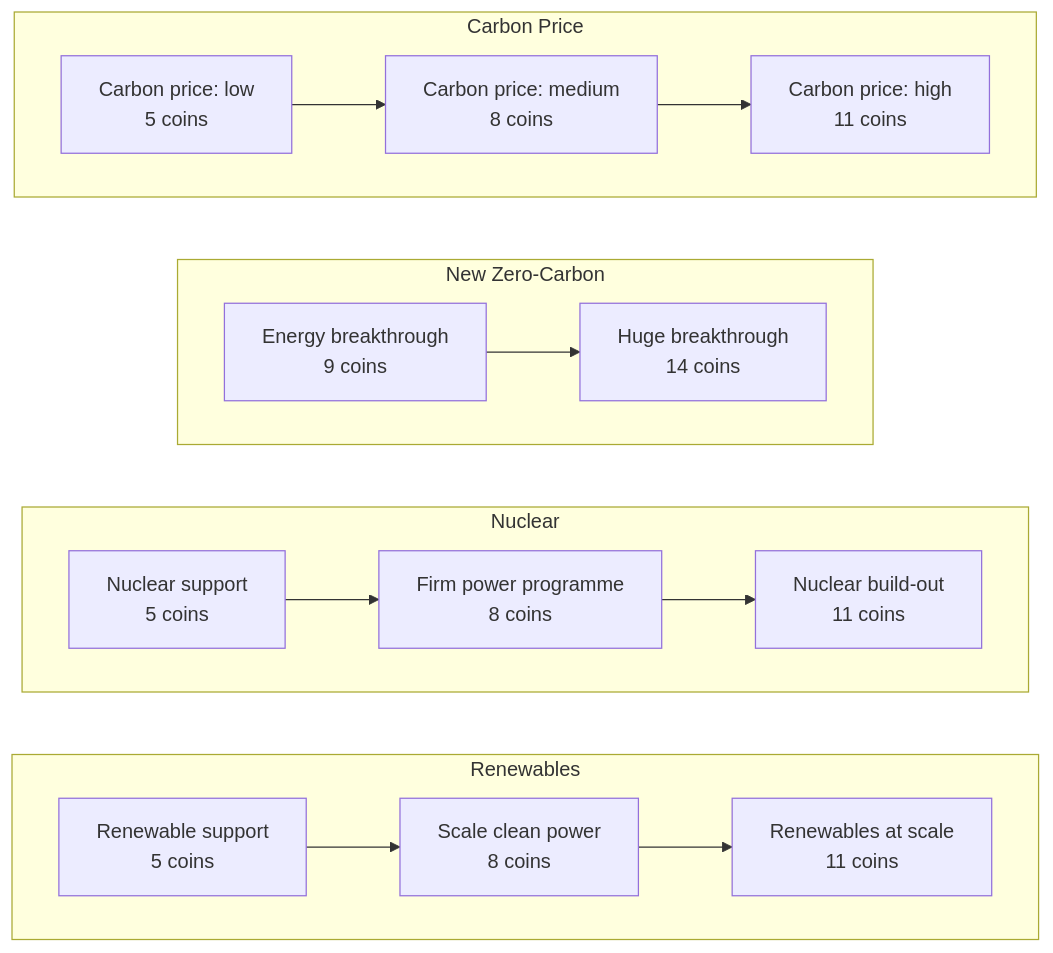
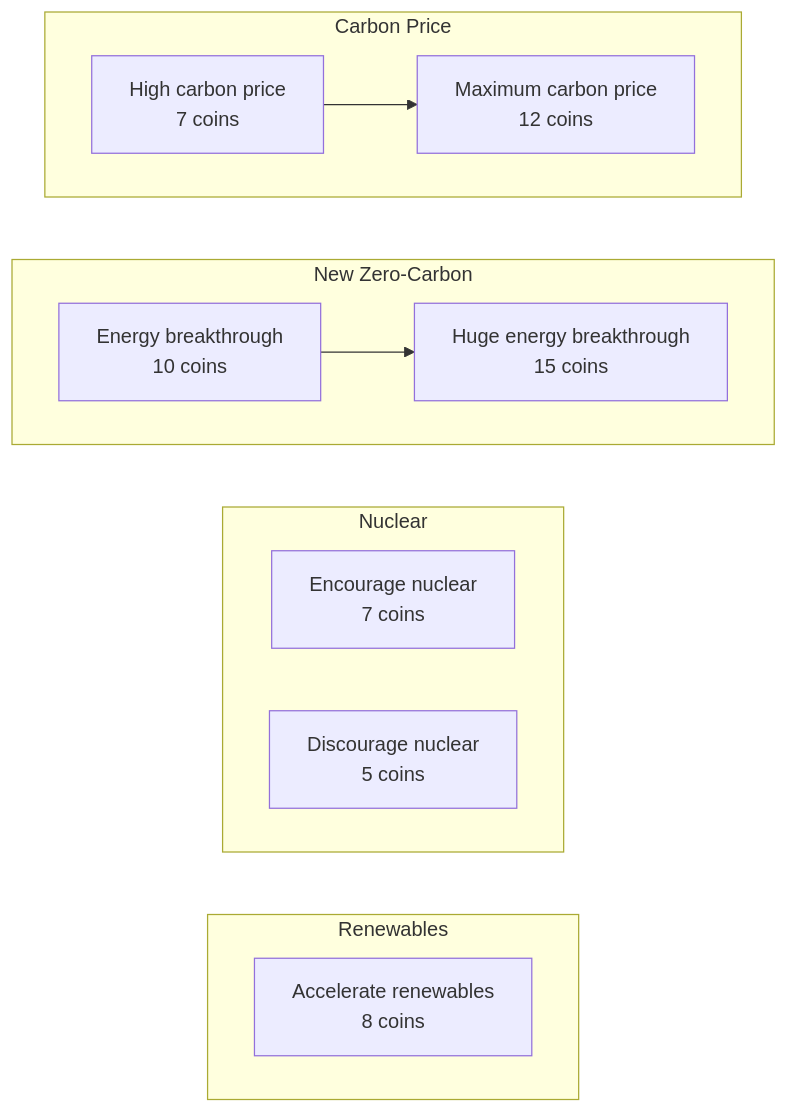
The second of 9 diagrams in public/card-guide.md (A-Weedy-Place/APECS_card-game), drawn with Mermaid before and after one commit. The commit also changed other lines of this file and 43 other files, not shown here.

````diff
--- a/public/card-guide.md
+++ b/public/card-guide.md
@@ -107,33 +63,24 @@
 ```mermaid
 flowchart LR
-  subgraph path_renewables["Renewables"]
+  subgraph renewables["Renewables"]
     direction LR
-    renewables_main_1["Renewable support<br/>5 coins"]
-    renewables_main_2["Scale clean power<br/>8 coins"]
-    renewables_main_3["Renewables at scale<br/>11 coins"]
-    renewables_main_1 --> renewables_main_2
-    renewables_main_2 --> renewables_main_3
+    renewables_v11_1["Accelerate renewables<br/>8 coins"]
   end
-  subgraph path_nuclear["Nuclear"]
+  subgraph nuclear["Nuclear"]
     direction LR
-    nuclear_main_1["Nuclear support<br/>5 coins"]
-    nuclear_main_2["Firm power programme<br/>8 coins"]
-    nuclear_main_3["Nuclear build-out<br/>11 coins"]
-    nuclear_main_1 --> nuclear_main_2
-    nuclear_main_2 --> nuclear_main_3
+    nuclear_v11_1["Encourage nuclear<br/>7 coins"]
+    nuclear_v11_2["Discourage nuclear<br/>5 coins"]
   end
-  subgraph path_new_zero["New Zero-Carbon"]
+  subgraph new_zero["New Zero-Carbon"]
     direction LR
-    new_zero_main_1["Energy breakthrough<br/>9 coins"]
-    new_zero_main_2["Huge breakthrough<br/>14 coins"]
-    new_zero_main_1 --> new_zero_main_2
+    new_zero_v11_1["Energy breakthrough<br/>10 coins"]
+    new_zero_v11_2["Huge energy breakthrough<br/>15 coins"]
+    new_zero_v11_1 --> new_zero_v11_2
   end
-  subgraph path_carbon_price["Carbon Price"]
+  subgraph carbon_price["Carbon Price"]
     direction LR
-    carbon_price_main_1["Carbon price: low<br/>5 coins"]
-    carbon_price_main_2["Carbon price: medium<br/>8 coins"]
-    carbon_price_main_3["Carbon price: high<br/>11 coins"]
-    carbon_price_main_1 --> carbon_price_main_2
-    carbon_price_main_2 --> carbon_price_main_3
+    carbon_price_v11_1["High carbon price<br/>7 coins"]
+    carbon_price_v11_2["Maximum carbon price<br/>12 coins"]
+    carbon_price_v11_1 --> carbon_price_v11_2
   end
 ```
````
